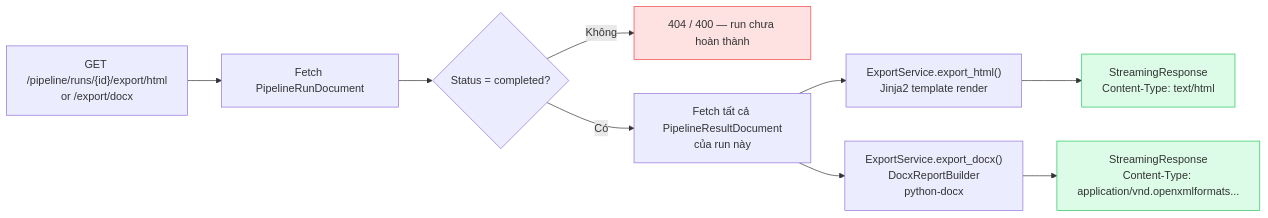
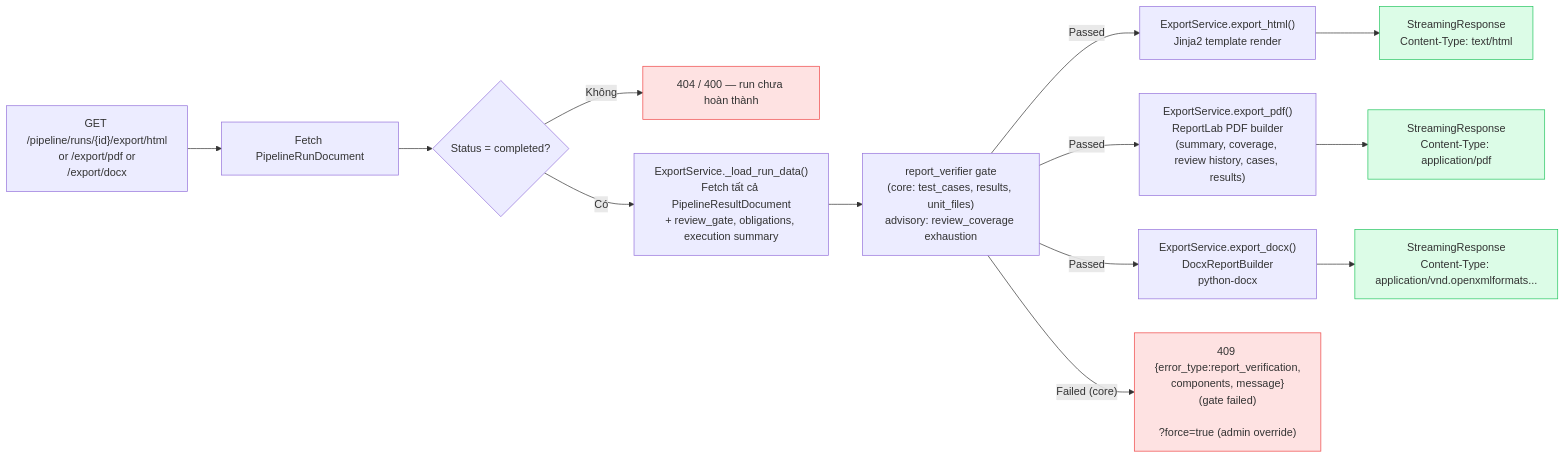
Before and after one commit to HenSanInDuty/agent-automation-testing: the sixth of 7 diagrams in docs/api-flow.md, drawn with Mermaid. The commit also changed other lines of this file and 80 other files, not shown here.

Commit message:
feature: update api flow

````diff
--- a/docs/api-flow.md
+++ b/docs/api-flow.md
@@ -216,24 +217,33 @@
 ```mermaid
 flowchart LR
-    A["GET /pipeline/runs/{id}/export/html\nor /export/docx"]
+    A["GET /pipeline/runs/{id}/export/html\n or /export/pdf or /export/docx"]
     B["Fetch PipelineRunDocument"]
     C{"Status = completed?"}
     D["404 / 400 — run chưa hoàn thành"]
-    E["Fetch tất cả PipelineResultDocument\ncủa run này"]
+    E["ExportService._load_run_data()\nFetch tất cả PipelineResultDocument\n+ review_gate, obligations, execution summary"]
+    G["report_verifier gate\n(core: test_cases, results, unit_files)\nadvisory: review_coverage exhaustion"]
 
     F1["ExportService.export_html()\nJinja2 template render"]
-    F2["ExportService.export_docx()\nDocxReportBuilder\npython-docx"]
+    F2["ExportService.export_pdf()\nReportLab PDF builder\n(summary, coverage, review history, cases, results)"]
+    F3["ExportService.export_docx()\nDocxReportBuilder\npython-docx"]
 
-    G1["StreamingResponse\nContent-Type: text/html"]
-    G2["StreamingResponse\nContent-Type: application/vnd.openxmlformats..."]
+    H1["StreamingResponse\nContent-Type: text/html"]
+    H2["StreamingResponse\nContent-Type: application/pdf"]
+    H3["StreamingResponse\nContent-Type: application/vnd.openxmlformats..."]
+
+    Z["409 {error_type:report_verification,\ncomponents, message}\n(gate failed)\n\n?force=true (admin override)"]
 
     A --> B --> C
     C -- Không --> D
-    C -- Có --> E
-    E --> F1 --> G1
-    E --> F2 --> G2
+    C -- Có --> E --> G
+    G -- Passed --> F1 --> H1
+    G -- Passed --> F2 --> H2
+    G -- Passed --> F3 --> H3
+    G -- Failed (core) --> Z
 
     style D fill:#fee2e2,stroke:#ef4444
-    style G1 fill:#dcfce7,stroke:#22c55e
-    style G2 fill:#dcfce7,stroke:#22c55e
+    style Z fill:#fee2e2,stroke:#ef4444
+    style H1 fill:#dcfce7,stroke:#22c55e
+    style H2 fill:#dcfce7,stroke:#22c55e
+    style H3 fill:#dcfce7,stroke:#22c55e
 ```
````
